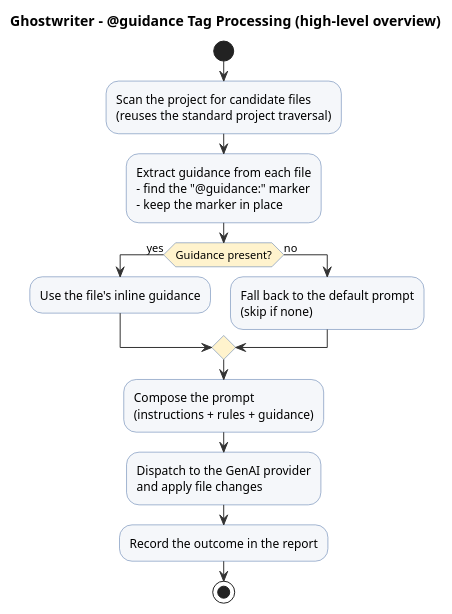
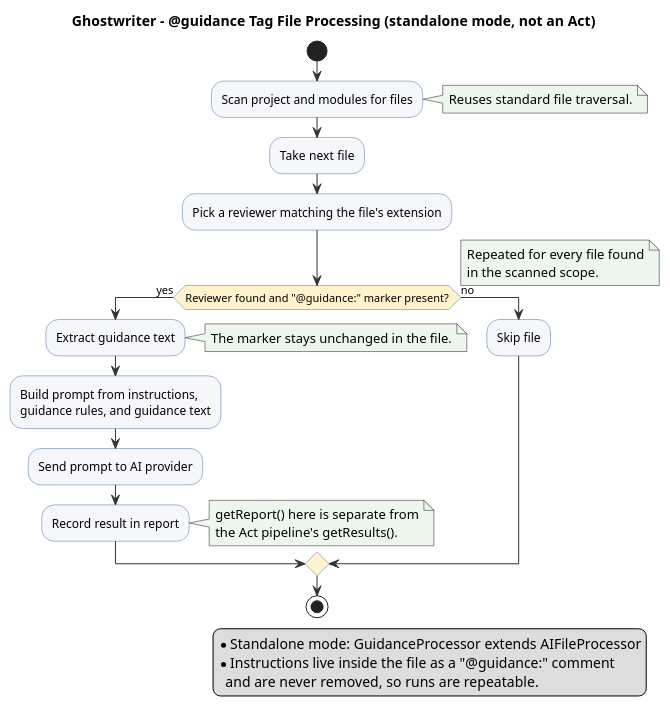
One commit to machanism-org/machai changed the diagram in ghostwriter/src/site/puml/guidance-tag-processing-overview.puml. Above: the diagram before and after it, drawn with PlantUML. The commit also changed other lines of this file and 6 other files, not shown here.

```diff
--- a/ghostwriter/src/site/puml/guidance-tag-processing-overview.puml
+++ b/ghostwriter/src/site/puml/guidance-tag-processing-overview.puml
@@ -11,37 +8,51 @@
 @startuml
-title Ghostwriter - @guidance Tag Processing (high-level overview)
+title Ghostwriter - @guidance Tag File Processing (standalone mode, not an Act)
 
 skinparam ArrowColor #333333
 skinparam ActivityBackgroundColor #F5F7FA
 skinparam ActivityBorderColor #4A6FA5
 skinparam ActivityDiamondBackgroundColor #FFF3CD
 skinparam NoteBackgroundColor #EDF7ED
-skinparam PartitionBorderColor #999999
 
 start
 
-:Scan the project for candidate files
-(reuses the standard project traversal);
+:Scan project and modules for files;
+note right
+  Reuses standard file traversal.
+end note
 
-:Extract guidance from each file
-- find the "@guidance:" marker
-- keep the marker in place;
+:Take next file;
 
-if (Guidance present?) then (yes)
-  :Use the file's inline guidance;
+:Pick a reviewer matching the file's extension;
+
+if (Reviewer found and "@guidance:" marker present?) then (yes)
+  :Extract guidance text;
+  note right
+    The marker stays unchanged in the file.
+  end note
+  :Build prompt from instructions,
+  guidance rules, and guidance text;
+  :Send prompt to AI provider;
+  :Record result in report;
+  note right
+    getReport() here is separate from
+    the Act pipeline's getResults().
+  end note
 else (no)
-  :Fall back to the default prompt
-  (skip if none);
+  :Skip file;
 endif
 
-:Compose the prompt
-(instructions + rules + guidance);
-
-:Dispatch to the GenAI provider
-and apply file changes;
-
-:Record the outcome in the report;
+note right
+  Repeated for every file found
+  in the scanned scope.
+end note
 
 stop
 
+legend right
+  * Standalone mode: GuidanceProcessor extends AIFileProcessor
+  * Instructions live inside the file as a "@guidance:" comment
+    and are never removed, so runs are repeatable.
+endlegend
+
 @enduml
```
